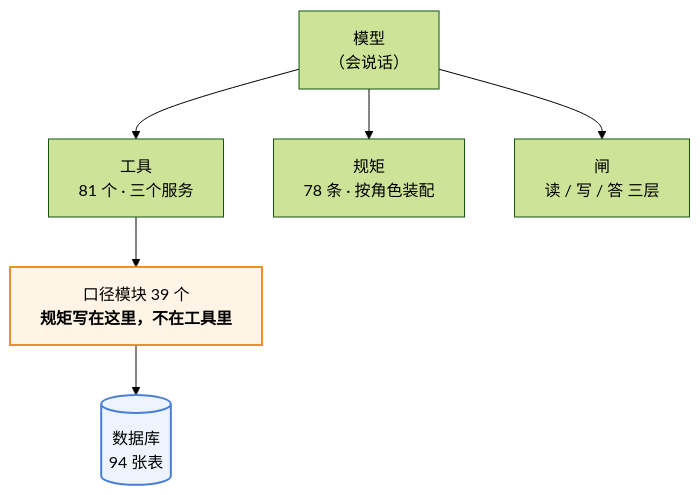
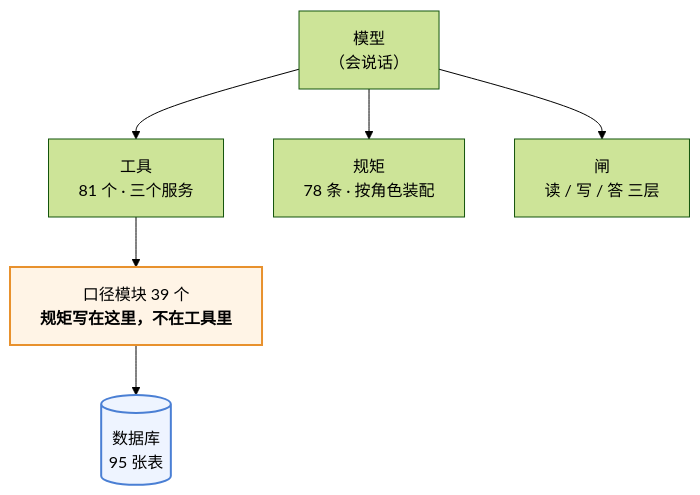
The first of 3 diagrams in 澜绣云裳agent-产品说明.md (843773296-rgb/lanxiu-yunshang-agent), drawn with Mermaid (forest theme) before and after one commit. The commit also changed other lines of this file and 8 other files, not shown here.

````diff
--- a/澜绣云裳agent-产品说明.md
+++ b/澜绣云裳agent-产品说明.md
@@ -62,12 +62,12 @@
 ```mermaid
 flowchart TD
     M["模型<br/>（会说话）"]
     M --> T["工具<br/>81 个 · 三个服务"]
     M --> R["规矩<br/>78 条 · 按角色装配"]
     M --> G["闸<br/>读 / 写 / 答 三层"]
     T --> K["口径模块 39 个<br/><b>规矩写在这里，不在工具里</b>"]
-    K --> DB[("数据库<br/>94 张表")]
+    K --> DB[("数据库<br/>95 张表")]
 
     style K fill:#fff4e6,stroke:#e8912d,stroke-width:2px
     style DB fill:#eef4ff,stroke:#4a7fd4,stroke-width:2px
 ```
````
